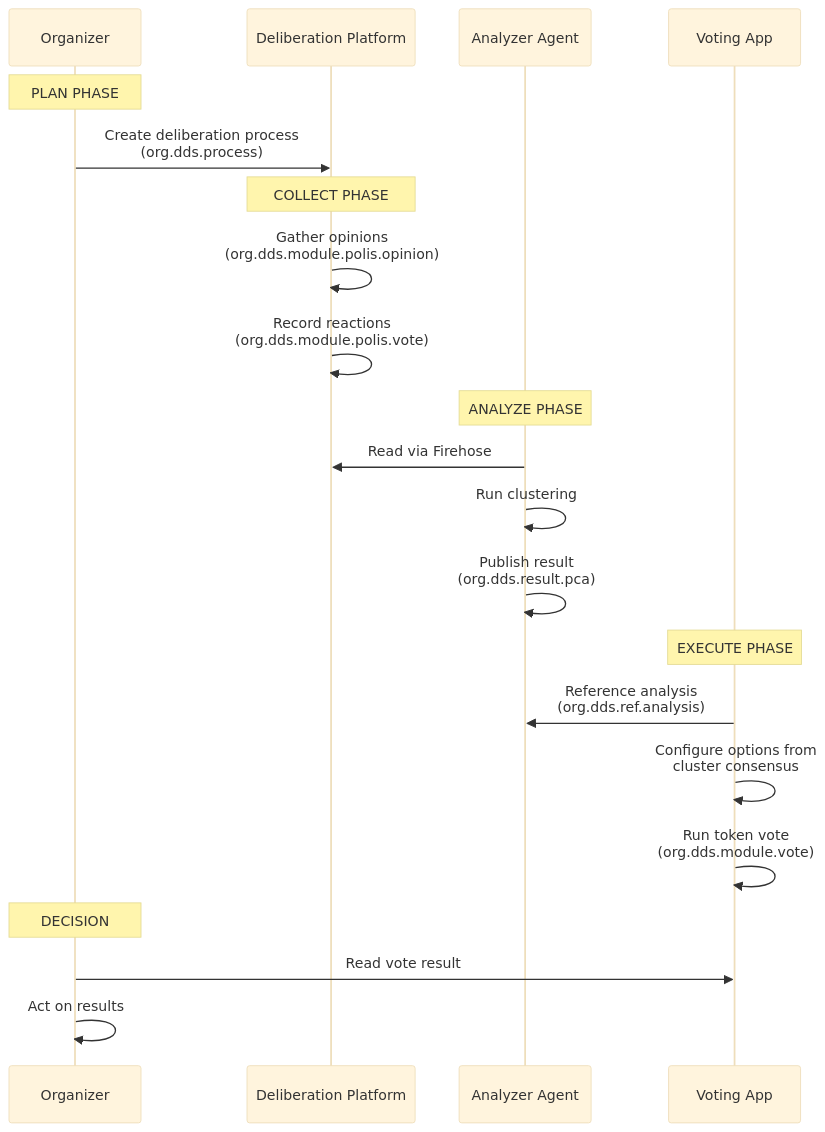
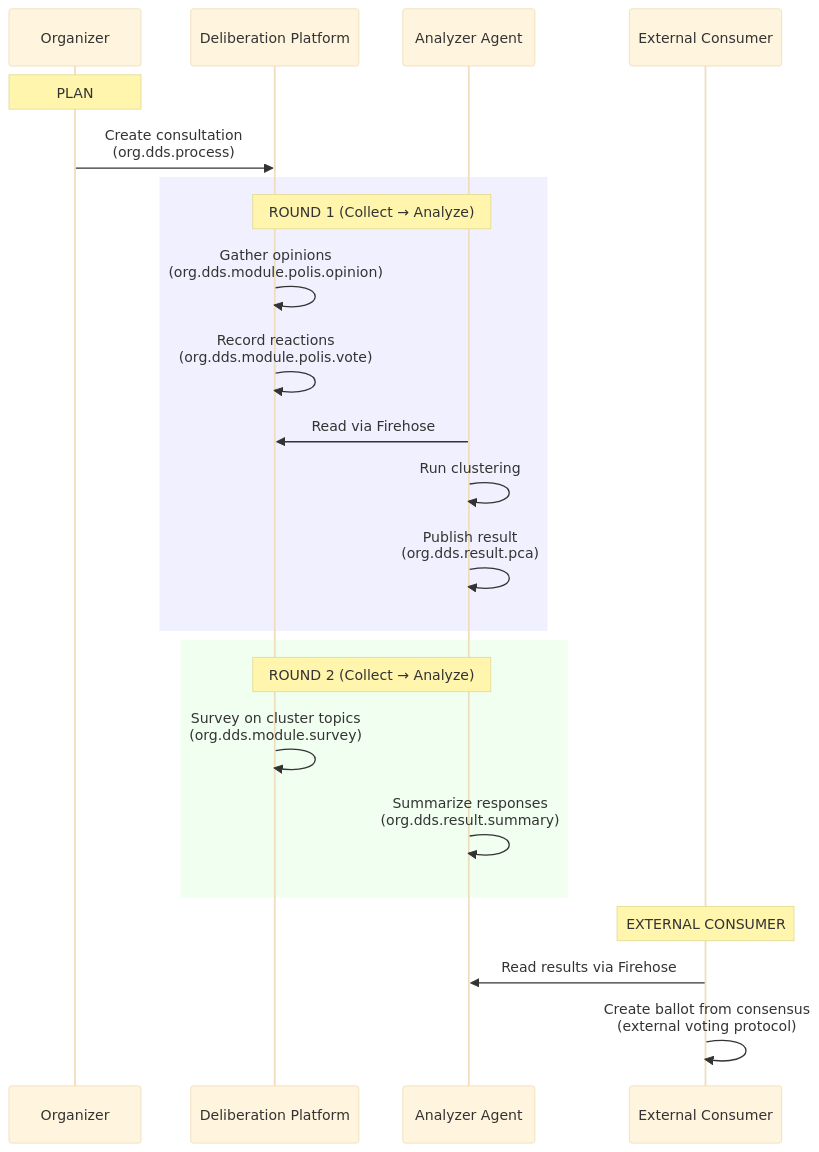
Before and after one commit to zkorum/agora: the second of 2 diagrams in doc/decentralized-protocol/0013-agora-atproto-walkaway.md, drawn with Mermaid (base theme). The commit also changed other lines of this file and 2 other files, not shown here.

First line of the commit message:
docs(protocol): broaden DDS framing, update lifecycle, add business model note

````diff
--- a/doc/decentralized-protocol/0013-agora-atproto-walkaway.md
+++ b/doc/decentralized-protocol/0013-agora-atproto-walkaway.md
@@ -226,28 +237,29 @@
 ```mermaid
 sequenceDiagram
     participant Org as Organizer
     participant Delib as Deliberation Platform
     participant Analyzer as Analyzer Agent
-    participant Vote as Voting App
+    participant Ext as External Consumer
 
-    Note over Org: PLAN PHASE
-    Org->>Delib: Create deliberation process<br/>(org.dds.process)
+    Note over Org: PLAN
+    Org->>Delib: Create consultation<br/>(org.dds.process)
 
-    Note over Delib: COLLECT PHASE
+    rect rgb(240, 240, 255)
+    Note over Delib,Analyzer: ROUND 1 (Collect → Analyze)
     Delib->>Delib: Gather opinions<br/>(org.dds.module.polis.opinion)
     Delib->>Delib: Record reactions<br/>(org.dds.module.polis.vote)
-
-    Note over Analyzer: ANALYZE PHASE
     Analyzer->>Delib: Read via Firehose
     Analyzer->>Analyzer: Run clustering
     Analyzer->>Analyzer: Publish result<br/>(org.dds.result.pca)
+    end
 
-    Note over Vote: EXECUTE PHASE
-    Vote->>Analyzer: Reference analysis<br/>(org.dds.ref.analysis)
-    Vote->>Vote: Configure options from<br/>cluster consensus
-    Vote->>Vote: Run token vote<br/>(org.dds.module.vote)
+    rect rgb(240, 255, 240)
+    Note over Delib,Analyzer: ROUND 2 (Collect → Analyze)
+    Delib->>Delib: Survey on cluster topics<br/>(org.dds.module.survey)
+    Analyzer->>Analyzer: Summarize responses<br/>(org.dds.result.summary)
+    end
 
-    Note over Org: DECISION
-    Org->>Vote: Read vote result
-    Org->>Org: Act on results
+    Note over Ext: EXTERNAL CONSUMER
+    Ext->>Analyzer: Read results via Firehose
+    Ext->>Ext: Create ballot from consensus<br/>(external voting protocol)
 ```
````
